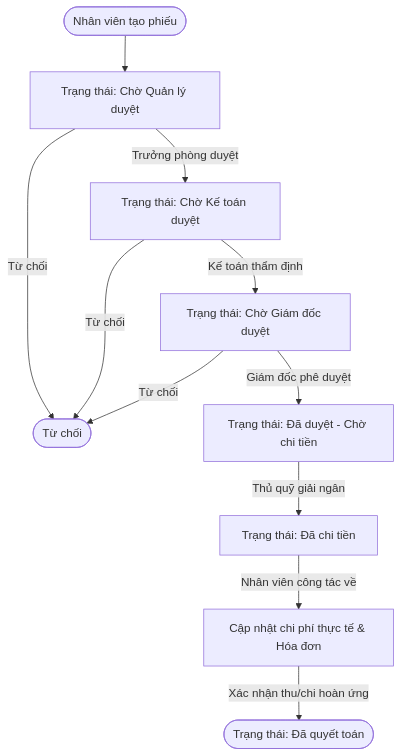
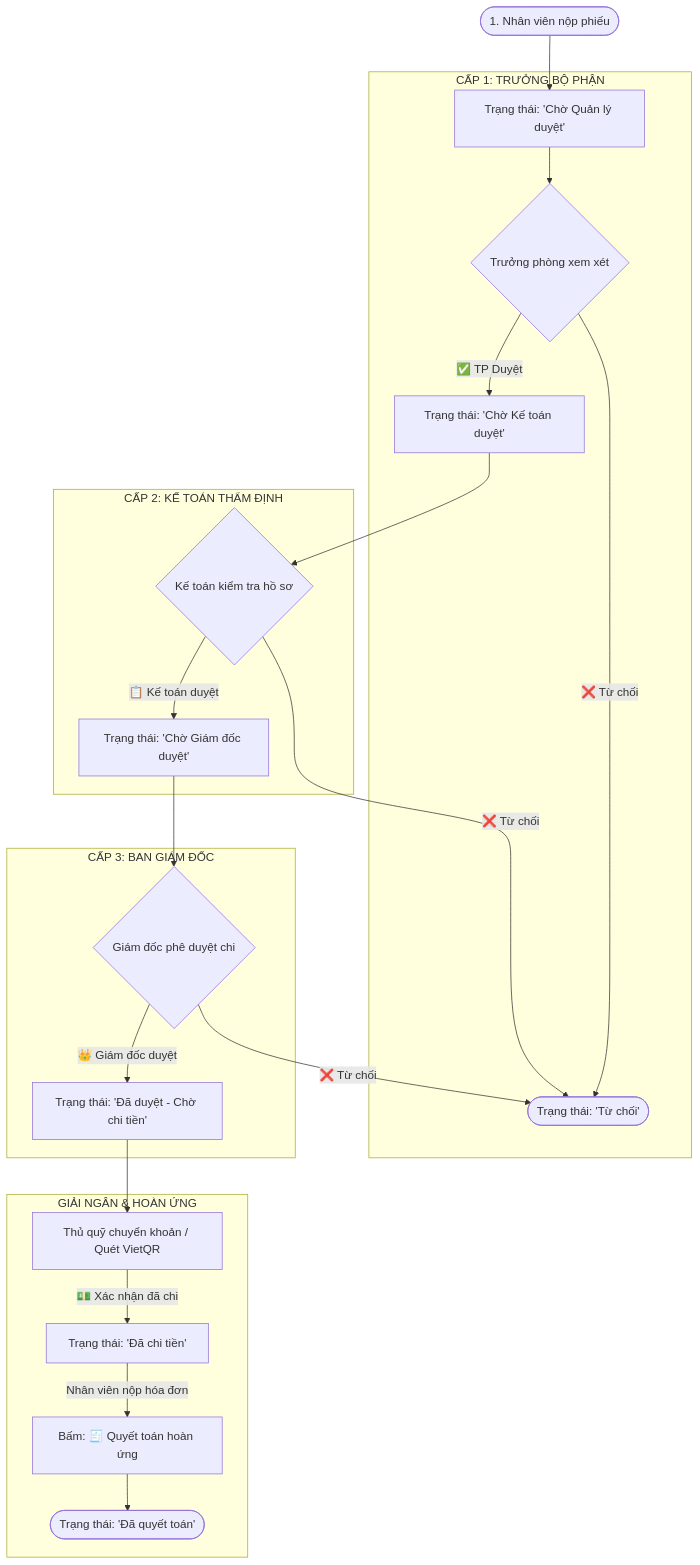
Before and after one commit to nguyenducvuongg/CreAppOnAppSheet_byme: the diagram in QuanLy_PhieuTamUng/HUONG_DAN_CAU_HINH_APPSHEET.md, drawn with Mermaid. The commit also changed other lines of this file, not shown here.

Commit message:
docs: Cập nhật chi tiết toàn diện hướng dẫn cấu hình AppSheet và cách test vận hành

````diff
--- a/QuanLy_PhieuTamUng/HUONG_DAN_CAU_HINH_APPSHEET.md
+++ b/QuanLy_PhieuTamUng/HUONG_DAN_CAU_HINH_APPSHEET.md
@@ -23,13 +24,29 @@
 ```mermaid
 flowchart TD
-    A([Nhân viên tạo phiếu]) --> B[Trạng thái: Chờ Quản lý duyệt]
-    B -->|Trưởng phòng duyệt| C[Trạng thái: Chờ Kế toán duyệt]
-    B -->|Từ chối| R([Từ chối])
-    C -->|Kế toán thẩm định| D[Trạng thái: Chờ Giám đốc duyệt]
-    C -->|Từ chối| R
-    D -->|Giám đốc phê duyệt| E[Trạng thái: Đã duyệt - Chờ chi tiền]
-    D -->|Từ chối| R
-    E -->|Thủ quỹ giải ngân| F[Trạng thái: Đã chi tiền]
-    F -->|Nhân viên công tác về| G[Cập nhật chi phí thực tế & Hóa đơn]
-    G -->|Xác nhận thu/chi hoàn ứng| H([Trạng thái: Đã quyết toán])
+    Start([1. Nhân viên nộp phiếu]) --> S1[Trạng thái: 'Chờ Quản lý duyệt']
+    
+    subgraph Cap1 [CẤP 1: TRƯỞNG BỘ PHẬN]
+        S1 --> B1{Trưởng phòng xem xét}
+        B1 -->|✅ TP Duyệt| S2[Trạng thái: 'Chờ Kế toán duyệt']
+        B1 -->|❌ Từ chối| RJ([Trạng thái: 'Từ chối'])
+    end
+
+    subgraph Cap2 [CẤP 2: KẾ TOÁN THẨM ĐỊNH]
+        S2 --> B2{Kế toán kiểm tra hồ sơ}
+        B2 -->|📋 Kế toán duyệt| S3[Trạng thái: 'Chờ Giám đốc duyệt']
+        B2 -->|❌ Từ chối| RJ
+    end
+
+    subgraph Cap3 [CẤP 3: BAN GIÁM ĐỐC]
+        S3 --> B3{Giám đốc phê duyệt chi}
+        B3 -->|👑 Giám đốc duyệt| S4[Trạng thái: 'Đã duyệt - Chờ chi tiền']
+        B3 -->|❌ Từ chối| RJ
+    end
+
+    subgraph GiaiNgan [GIẢI NGÂN & HOÀN ỨNG]
+        S4 --> B4[Thủ quỹ chuyển khoản / Quét VietQR]
+        B4 -->|💵 Xác nhận đã chi| S5[Trạng thái: 'Đã chi tiền']
+        S5 -->|Nhân viên nộp hóa đơn| S6[Bấm: 🧾 Quyết toán hoàn ứng]
+        S6 --> End([Trạng thái: 'Đã quyết toán'])
+    end
 ```
````
